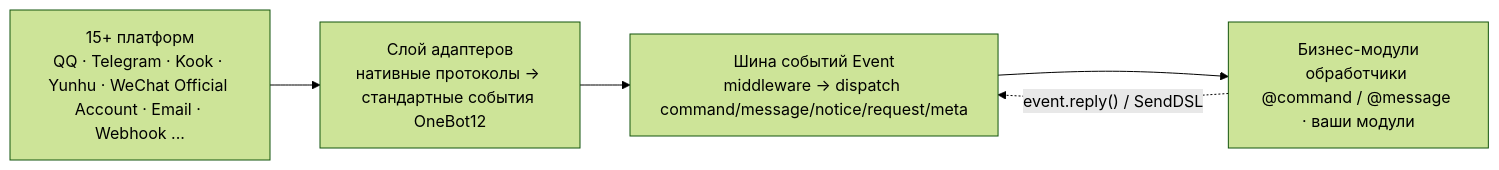
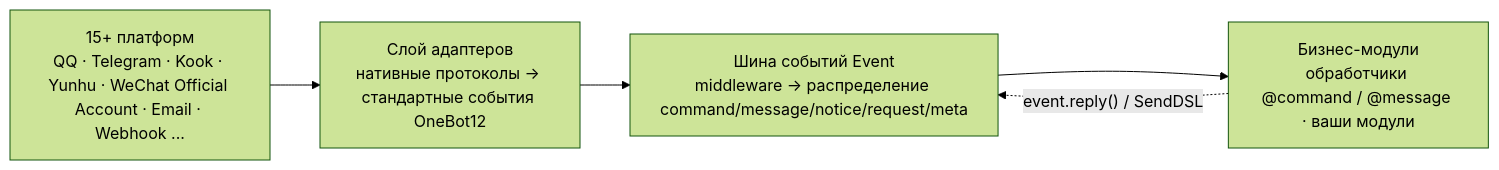
Before and after one commit to ErisPulse/ErisPulse: the first of 2 diagrams in README.ru.md, drawn with Mermaid (forest theme). The commit also changed other lines of this file and 7 other files, not shown here.

````diff
--- a/README.ru.md
+++ b/README.ru.md
@@ -113,9 +113,9 @@
 ```mermaid
 graph LR
     P["15+ платформ<br/>QQ · Telegram · Kook · Yunhu · WeChat Official Account · Email · Webhook ..."]
     A["Слой адаптеров<br/>нативные протоколы → стандартные события OneBot12"]
-    Event["Шина событий Event<br/>middleware → dispatch command/message/notice/request/meta"]
+    Event["Шина событий Event<br/>middleware → распределение command/message/notice/request/meta"]
     M["Бизнес-модули<br/>обработчики @command / @message · ваши модули"]
     P --> A --> Event --> M
     M -.->|"event.reply() / SendDSL"| Event
 ```
````
